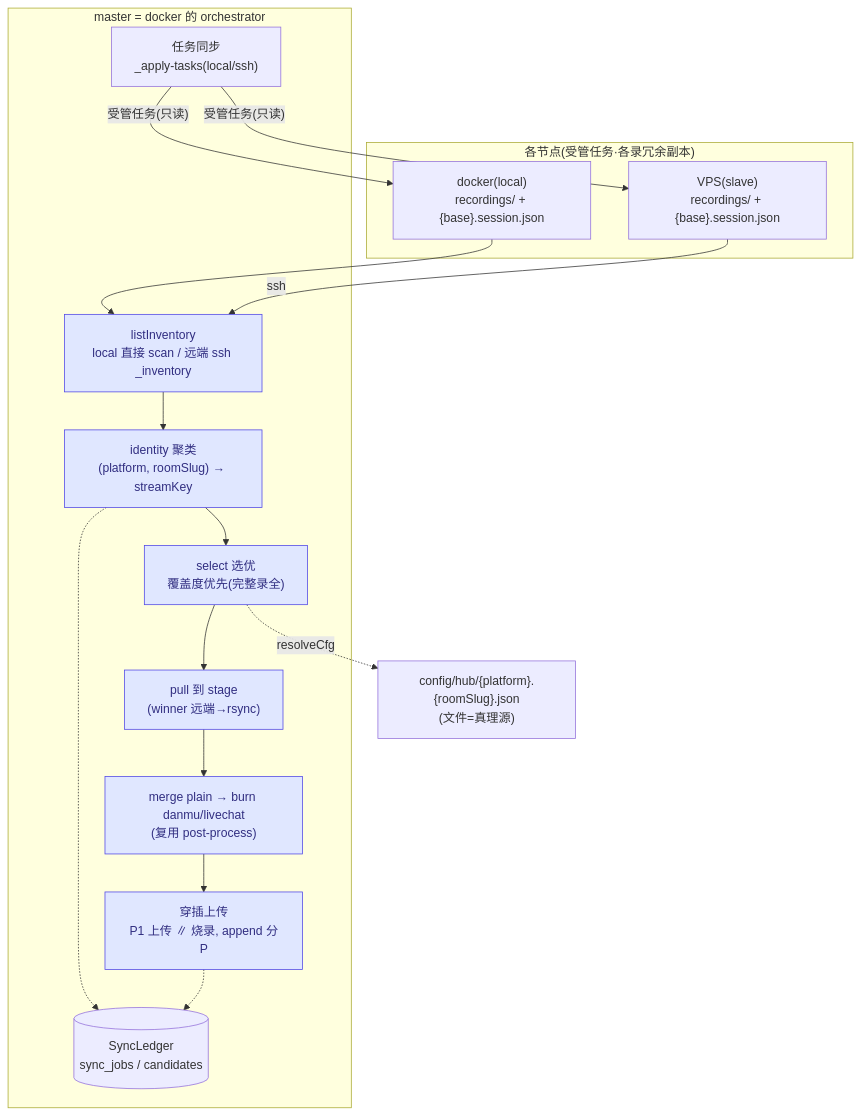
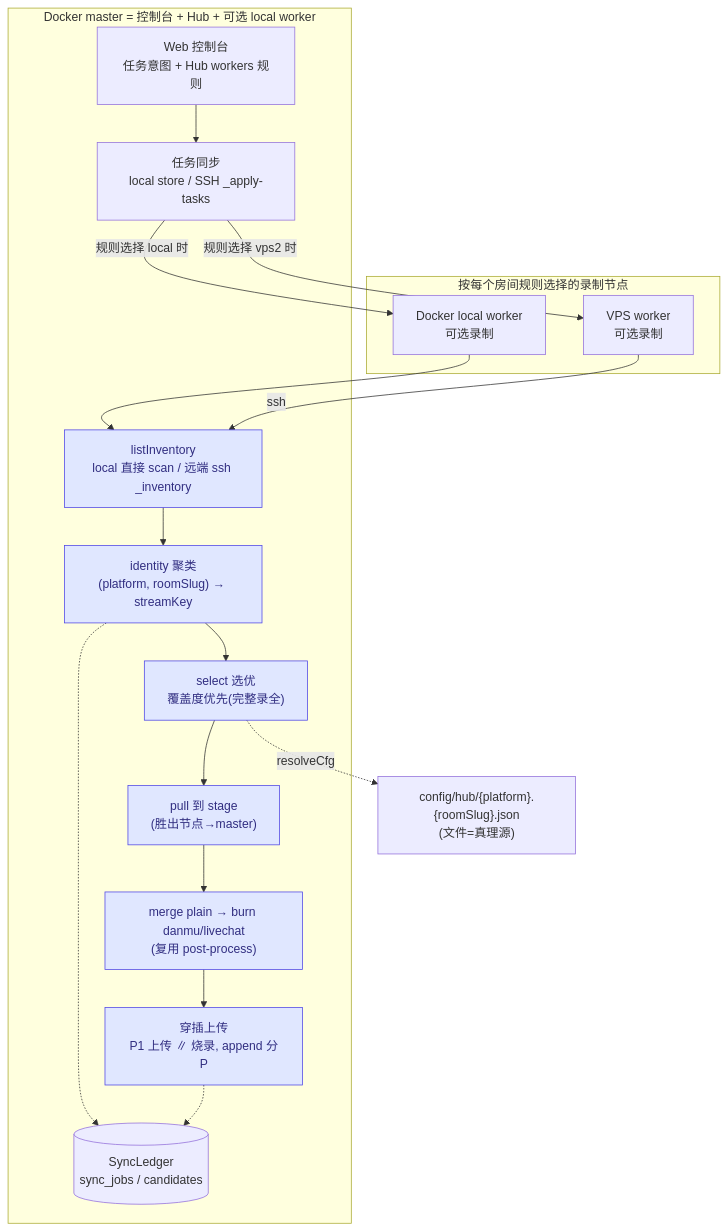
One commit to fuyucn/douyin-rec changed the third of 3 diagrams in docs/architecture.md. Above: the diagram before and after it, drawn with Mermaid. The commit also changed other lines of this file and 10 other files, not shown here.

First line of the commit message:
docs: 同步多节点 master/worker 模型、分P标题与快手取流改动

````diff
--- a/docs/architecture.md
+++ b/docs/architecture.md
@@ -119,28 +127,30 @@
 ```mermaid
 flowchart TB
-  subgraph nodes["各节点(受管任务·各录冗余副本)"]
-    dk["docker(local)<br/>recordings/ + {base}.session.json"]
-    vps["VPS(slave)<br/>recordings/ + {base}.session.json"]
+  subgraph nodes["按每个房间规则选择的录制节点"]
+    dk["Docker local worker<br/>可选录制"]
+    vps["VPS worker<br/>可选录制"]
   end
-  subgraph master["master = docker 的 orchestrator"]
-    sync["任务同步<br/>_apply-tasks(local/ssh)"]
+  subgraph master["Docker master = 控制台 + Hub + 可选 local worker"]
+    intent["Web 控制台<br/>任务意图 + Hub workers 规则"]
+    sync["任务同步<br/>local store / SSH _apply-tasks"]
     inv["listInventory<br/>local 直接 scan / 远端 ssh _inventory"]
     cluster["identity 聚类<br/>(platform, roomSlug) → streamKey"]
     sel["select 选优<br/>覆盖度优先(完整录全)"]
-    pull["pull 到 stage<br/>(winner 远端→rsync)"]
+    pull["pull 到 stage<br/>(胜出节点→master)"]
     merge["merge plain → burn danmu/livechat<br/>(复用 post-process)"]
     up["穿插上传<br/>P1 上传 ∥ 烧录, append 分P"]
     led[("SyncLedger<br/>sync_jobs / candidates")]
   end
-  sync -->|"受管任务(只读)"| dk
-  sync -->|"受管任务(只读)"| vps
+  intent --> sync
+  sync -->|"规则选择 local 时"| dk
+  sync -->|"规则选择 vps2 时"| vps
   dk --> inv
   vps -->|ssh| inv
   inv --> cluster --> sel --> pull --> merge --> up
   sel -. resolveCfg .-> rule["config/hub/{platform}.{roomSlug}.json<br/>(文件=真理源)"]
   cluster -.-> led
   up -.-> led
 
   classDef hub fill:#e0e7ff,stroke:#4f46e5,color:#312e81;
   class inv,cluster,sel,pull,merge,up hub;
 ```
````
